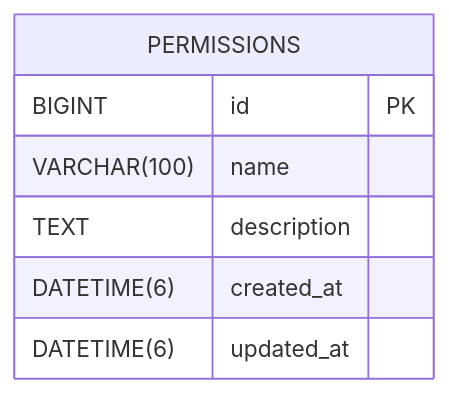
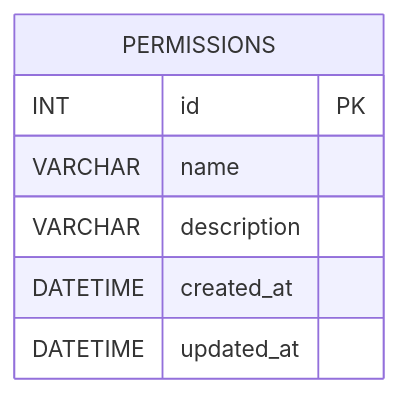
The diagram in README.md (blackcatdatabase/table-permissions), drawn with Mermaid before and after one commit. The commit also changed other lines of this file, not shown here.

Commit message:
chore(schema): add/update generated schema + README (umbrella sync)

````diff
--- a/README.md
+++ b/README.md
@@ -46,10 +46,10 @@
 ```mermaid
 erDiagram
   PERMISSIONS {
-    BIGINT id PK
-    VARCHAR(100) name
-    TEXT description
-    DATETIME(6) created_at
-    DATETIME(6) updated_at
+    INT id PK
+    VARCHAR name
+    VARCHAR description
+    DATETIME created_at
+    DATETIME updated_at
   }
 ```
````
